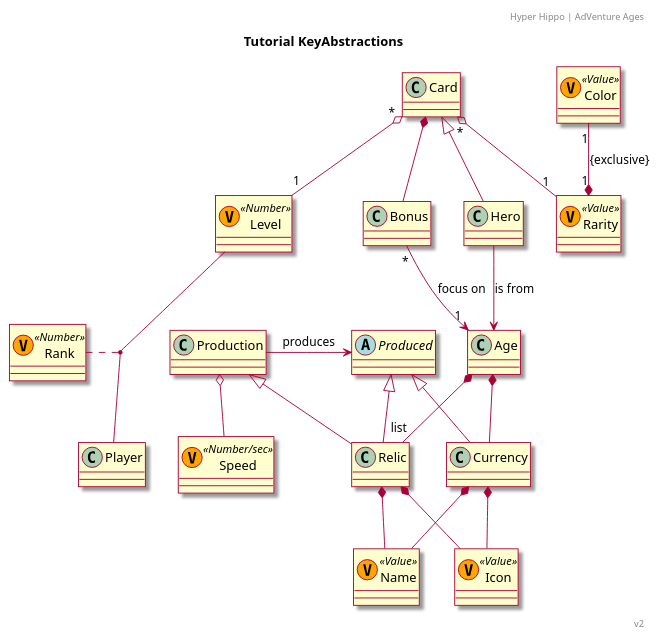
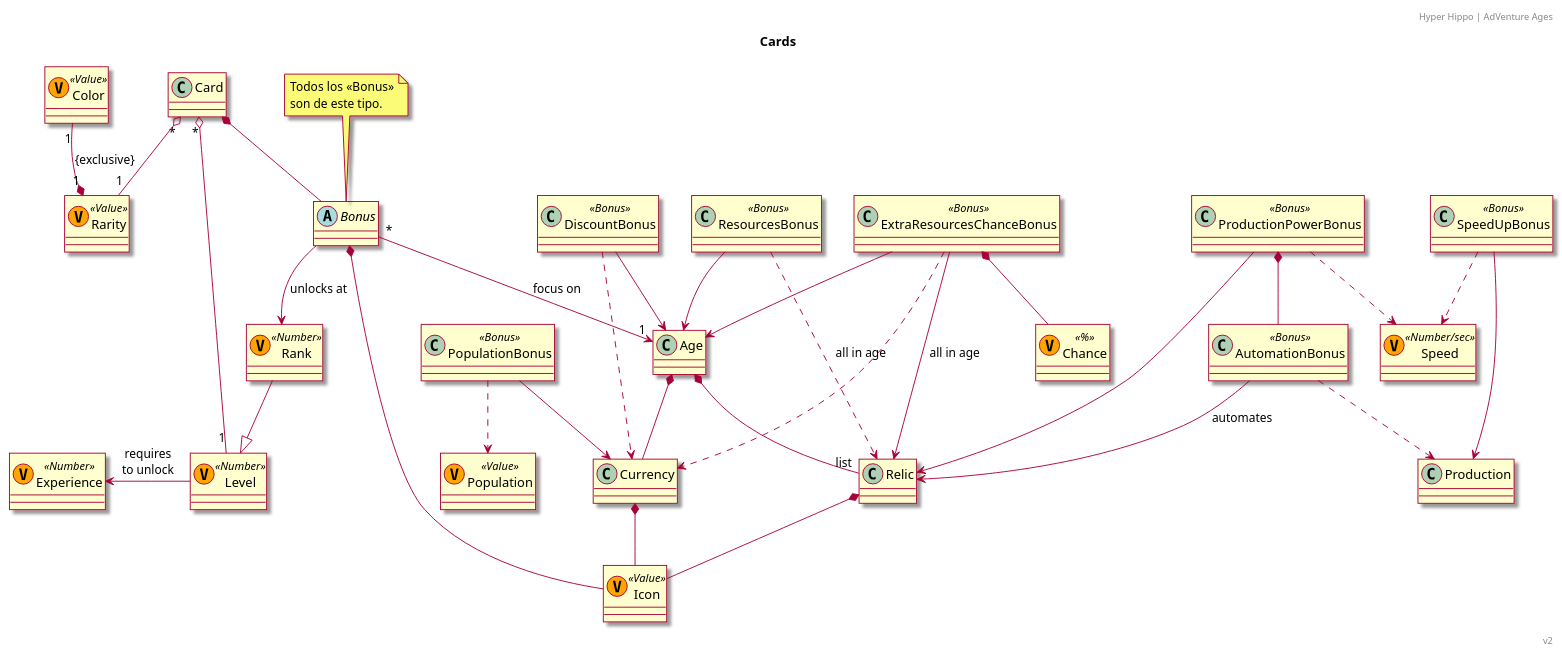
Before and after one commit to RicardoGuzmanVelasco/DomainModelling: the diagram in Mobile Games/Adventure Ages/Classes.puml, drawn with PlantUML. The commit also changed 2 other files, not shown here.

Commit message:
AdVenture Ages | Cards

```diff
--- a/Mobile Games/Adventure Ages/Classes.puml
+++ b/Mobile Games/Adventure Ages/Classes.puml
@@ -2,61 +2,8 @@
 skin rose
 'skinparam nodesep 40
 'skinparam ranksep 25
+
 header Hyper Hippo | AdVenture Ages
-'''''''''''''''
-title Tutorial KeyAbstractions
-'''''''''''''''
-
-class Name <<(V, orange) Value>>
-class Icon <<(V, orange) Value>>
-
-class Currency
-class Age
-
-class Hero
-class Card
-
-        class Rarity <<(V, orange) Value>>
-        class Color <<(V, orange) Value>>
-    class Level <<(V, orange) Number>>
-    class Bonus
-
-class Relic
-class Production
-class Speed <<(V, orange) Number/sec>>
-abstract class Produced
-
-class Player
-class Rank <<(V, orange) Number>>
-'''''''''''''''
-
-Currency *-- Name
-Currency *-- Icon
-
-Age *-- Currency
-
-Hero -u-|> Card
-Hero --> Age : is from
-Card "*" o-- "1" Rarity
-Rarity "1" *-u- "1" Color : {exclusive}
-Card "*" o-- "1" Level
-Card *-- Bonus
-
-Bonus "*" --> "1" Age : focus on
-Age *-- "list" Relic
-
-Relic *-- Name
-Relic *-- Icon
-
-Rank .. (Level, Player)
-'Level -l- Player #transparent 
-
-Relic -u-|> Production
-Production o-- Speed
-Production -> Produced : produces
-
-Currency -u-|> Produced
-Relic -u-|> Produced
 
 '''''''''''''''
 'title Narrative
@@ -81,6 +28,120 @@
 'Guide .. (Player, TTOM)
 '
 'Agent -r-> Guide : has 
+
+
+'''''''''''''''
+title Tutorial KeyAbstractions
+'''''''''''''''
+
+class Name <<(V, orange) Value>>
+class Icon <<(V, orange) Value>>
+
+class Currency
+class Age
+
+class Hero
+class Card
+        class Rarity <<(V, orange) Value>>
+        class Color <<(V, orange) Value>>
+    class Level <<(V, orange) Number>>
+    abstract class Bonus
+
+class Relic
+class Production
+class Speed <<(V, orange) Number/sec>>
+abstract class Produced
+
+class Player
+class Rank <<(V, orange) Number>>
+class Experience <<(V, orange) Number>>
+'''''''''''''''
+
+Currency *-- Name
+Currency *-- Icon
+
+Level -u> Experience : requires\nto unlock
+
+Age *-- Currency
+
+Hero -u-|> Card
+Hero --> Age : is from
+Card "*" o-- "1" Rarity
+Rarity "1" *-u- "1" Color : {exclusive}
+Card "*" o-- "1" Level
+Card *-- Bonus
+
+Bonus "*" --> "1" Age : focus on
+Age *-- "list" Relic
+
+Relic *-- Name
+Relic *-- Icon
+
+
+'''''''''''''''
+'No cards
+   
+'Rank .. (Level, Player)
+'Relic -u-|> Production
+'Production o-- Speed
+'Production -> Produced : produces
+'
+'Currency -u-|> Produced
+'Relic -u-|> Produced
+
+'''''''''''''''
+title Cards
+'''''''''''''''
+remove Name
+remove Hero
+remove Produced
+remove Player
+remove RankPlayer
+class ProductionPowerBonus <<Bonus>>
+class ResourcesBonus <<Bonus>>
+class DiscountBonus <<Bonus>>
+class SpeedUpBonus <<Bonus>>
+class AutomationBonus <<Bonus>>
+class PopulationBonus <<Bonus>>
+class ExtraResourcesChanceBonus <<Bonus>>
+class Population <<(V, orange) Value>>
+class Chance <<(V, orange) %>>
+
+Rank --|> Level
+
+note as BonusNote
+Todos los <<Bonus>>
+son de este tipo.
+end note
+BonusNote .. Bonus
+
+Bonus *-- Icon
+ 
+AutomationBonus --> Relic : automates 
+AutomationBonus ..> Production
+
+SpeedUpBonus ..> Speed
+SpeedUpBonus --> Production
+
+DiscountBonus --> Age
+DiscountBonus ..> Currency
+
+PopulationBonus ..> Population
+PopulationBonus --> Currency
+
+ExtraResourcesChanceBonus --> Age
+ExtraResourcesChanceBonus --> Relic : all in age
+ExtraResourcesChanceBonus ..> Currency
+ExtraResourcesChanceBonus *-- Chance 
+
+ProductionPowerBonus --> Relic
+ProductionPowerBonus ..> Speed
+ProductionPowerBonus *-- AutomationBonus
+
+Bonus --> Rank : unlocks at
+
+ResourcesBonus --> Age
+ResourcesBonus ..> Relic : all in age
 
 '''''''''''''''
 
```
